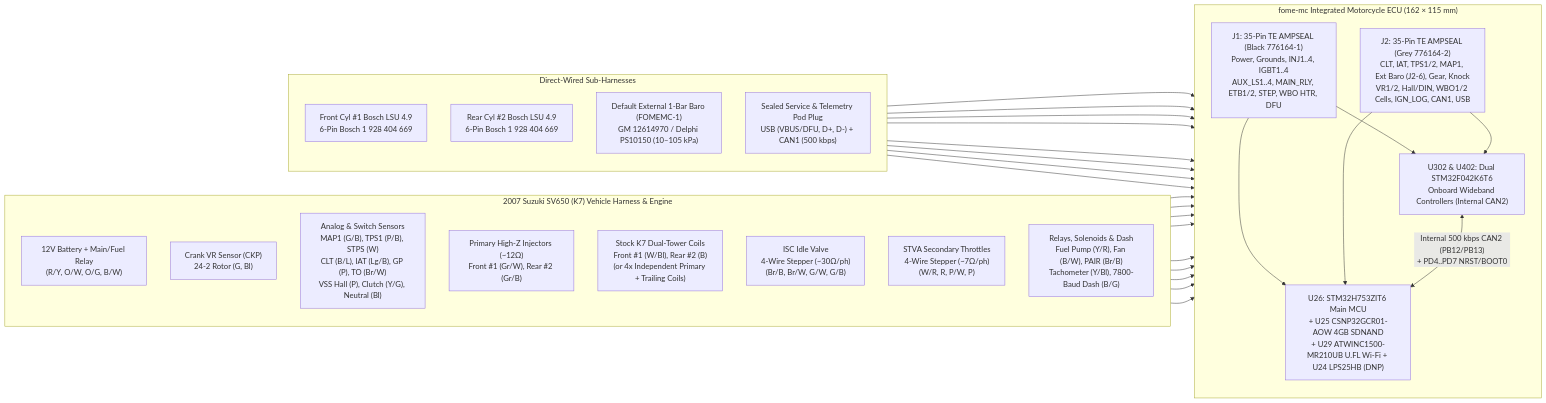
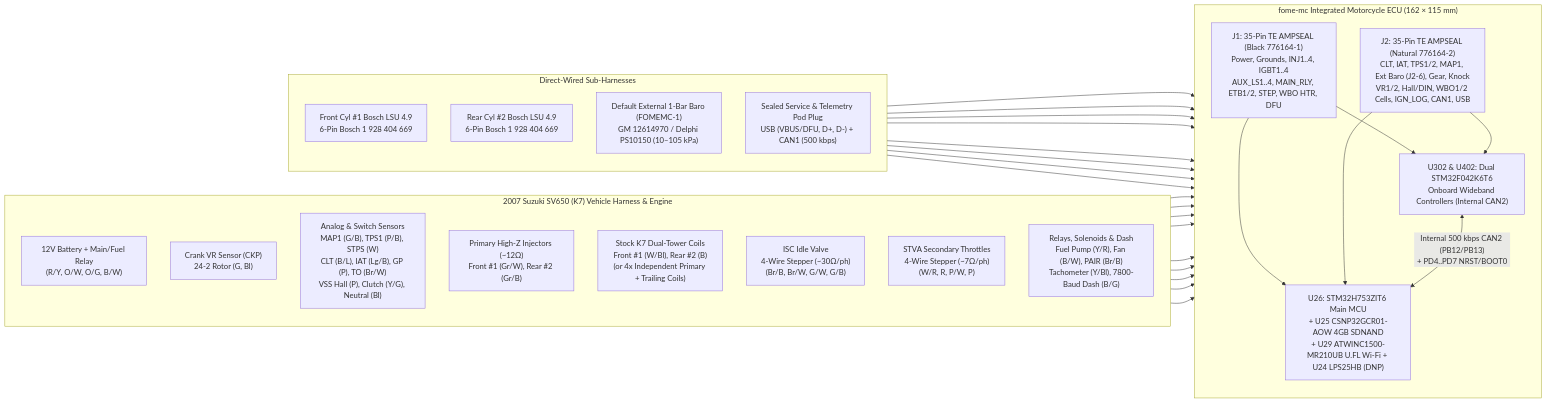
One commit to halbritt/fome-mc changed the first of 2 diagrams in docs/WIRING_SV650_K7.md. Above: the diagram before and after it, drawn with Mermaid. The commit also changed other lines of this file and 26 other files, not shown here.

````diff
--- a/docs/WIRING_SV650_K7.md
+++ b/docs/WIRING_SV650_K7.md
@@ -11,53 +11,53 @@
 ```mermaid
 flowchart LR
   subgraph SV650["2007 Suzuki SV650 (K7) Vehicle Harness & Engine"]
     direction TB
     BATT["12V Battery + Main/Fuel Relay\n(R/Y, O/W, O/G, B/W)"]
     CKP["Crank VR Sensor (CKP)\n24-2 Rotor (G, Bl)"]
     SENS["Analog & Switch Sensors\nMAP1 (G/B), TPS1 (P/B), STPS (W)\nCLT (B/L), IAT (Lg/B), GP (P), TO (Br/W)\nVSS Hall (P), Clutch (Y/G), Neutral (Bl)"]
     INJ["Primary High-Z Injectors (~12Ω)\nFront #1 (Gr/W), Rear #2 (Gr/B)"]
     COILS_STOCK["Stock K7 Dual-Tower Coils\nFront #1 (W/Bl), Rear #2 (B)\n(or 4x Independent Primary + Trailing Coils)"]
     ISC["ISC Idle Valve\n4-Wire Stepper (~30Ω/ph)\n(Br/B, Br/W, G/W, G/B)"]
     STVA["STVA Secondary Throttles\n4-Wire Stepper (~7Ω/ph)\n(W/R, R, P/W, P)"]
     AUX["Relays, Solenoids & Dash\nFuel Pump (Y/R), Fan (B/W), PAIR (Br/B)\nTachometer (Y/Bl), 7800-Baud Dash (B/G)"]
   end
 
   subgraph EXT["Direct-Wired Sub-Harnesses"]
     direction TB
     LSU1["Front Cyl #1 Bosch LSU 4.9\n6-Pin Bosch 1 928 404 669"]
     LSU2["Rear Cyl #2 Bosch LSU 4.9\n6-Pin Bosch 1 928 404 669"]
     BARO_EXT["Default External 1-Bar Baro (FOMEMC-1)\nGM 12614970 / Delphi PS10150 (10–105 kPa)"]
     SVC["Sealed Service & Telemetry Pod Plug\nUSB (VBUS/DFU, D+, D-) + CAN1 (500 kbps)"]
   end
 
   subgraph ECU["fome-mc Integrated Motorcycle ECU (162 × 115 mm)"]
     direction TB
     J1["J1: 35-Pin TE AMPSEAL (Black 776164-1)\nPower, Grounds, INJ1..4, IGBT1..4\nAUX_LS1..4, MAIN_RLY, ETB1/2, STEP, WBO HTR, DFU"]
-    J2["J2: 35-Pin TE AMPSEAL (Grey 776164-2)\nCLT, IAT, TPS1/2, MAP1, Ext Baro (J2-6), Gear, Knock\nVR1/2, Hall/DIN, WBO1/2 Cells, IGN_LOG, CAN1, USB"]
+    J2["J2: 35-Pin TE AMPSEAL (Natural 776164-2)\nCLT, IAT, TPS1/2, MAP1, Ext Baro (J2-6), Gear, Knock\nVR1/2, Hall/DIN, WBO1/2 Cells, IGN_LOG, CAN1, USB"]
     H7["U26: STM32H753ZIT6 Main MCU\n+ U25 CSNP32GCR01-AOW 4GB SDNAND\n+ U29 ATWINC1500-MR210UB U.FL Wi-Fi + U24 LPS25HB (DNP)"]
     WBO["U302 & U402: Dual STM32F042K6T6\nOnboard Wideband Controllers (Internal CAN2)"]
     J1 --> H7
     J2 --> H7
     J1 --> WBO
     J2 --> WBO
     WBO <-->|"Internal 500 kbps CAN2 (PB12/PB13)\n+ PD4..PD7 NRST/BOOT0"| H7
   end
 
   BATT --> J1
   INJ --> J1
   COILS_STOCK --> J1
   ISC --> J1
   STVA --> J1
   AUX --> J1
   AUX --> J2
   CKP --> J2
   SENS --> J2
   LSU1 --> J1
   LSU1 --> J2
   LSU2 --> J1
   LSU2 --> J2
   BARO_EXT --> J1
   BARO_EXT --> J2
   SVC --> J1
   SVC --> J2
 ```
````
